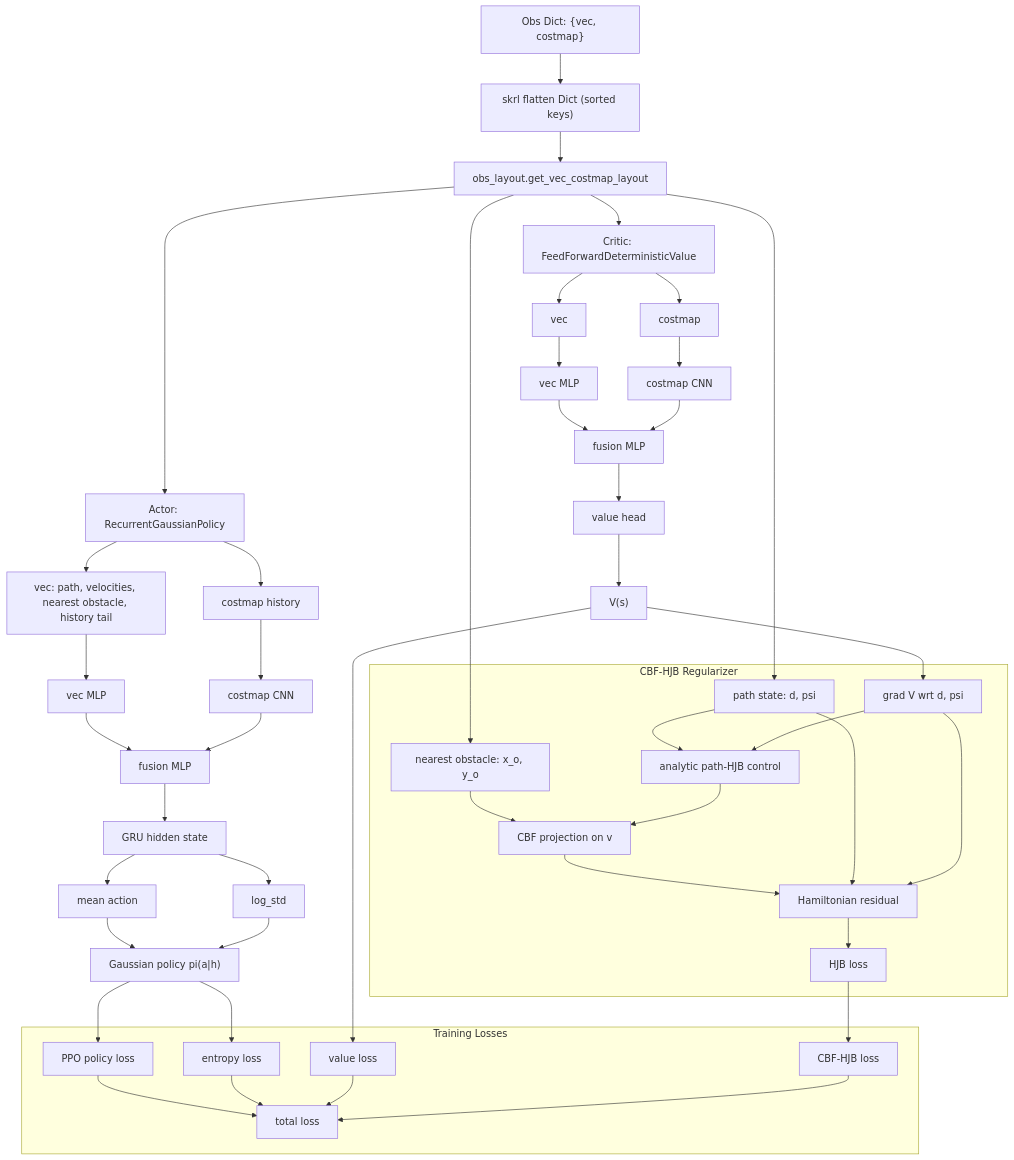
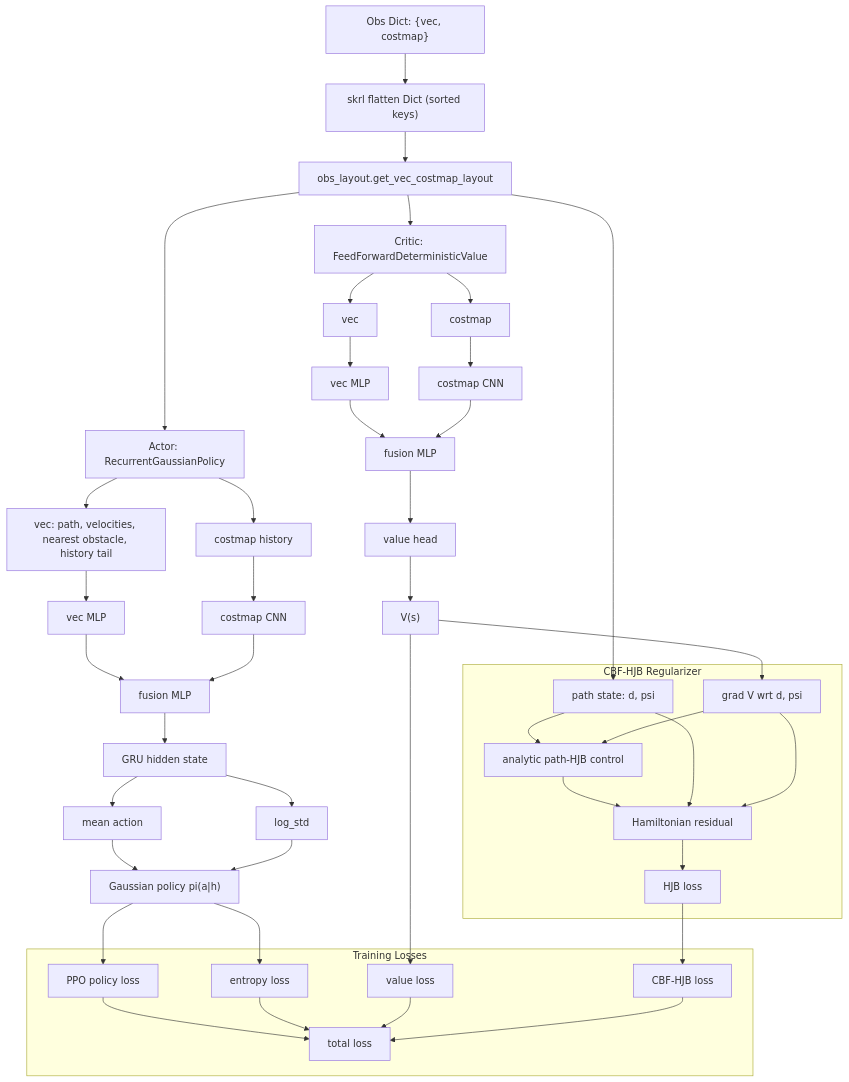
Before and after one commit to ulanpy/pirl: the diagram in docs/ppo_aux_architecture_graph.md, drawn with Mermaid. The commit also changed 9 other files, not shown here.

````diff
--- a/docs/ppo_aux_architecture_graph.md
+++ b/docs/ppo_aux_architecture_graph.md
@@ -3,67 +3,62 @@
 ```mermaid
 flowchart TD
     O["Obs Dict: {vec, costmap}"] --> F["skrl flatten Dict (sorted keys)"]
     F --> L["obs_layout.get_vec_costmap_layout"]
 
     L --> A0["Actor: RecurrentGaussianPolicy"]
     A0 --> AV["vec: path, velocities, nearest obstacle, history tail"]
     A0 --> AC["costmap history"]
     AV --> AV1["vec MLP"]
     AC --> ACNN["costmap CNN"]
     AV1 --> AF["fusion MLP"]
     ACNN --> AF
     AF --> AGRU["GRU hidden state"]
     AGRU --> AM["mean action"]
     AGRU --> ALS["log_std"]
     AM --> API["Gaussian policy pi(a|h)"]
     ALS --> API
 
     L --> C0["Critic: FeedForwardDeterministicValue"]
     C0 --> CV["vec"]
     C0 --> CC["costmap"]
     CV --> CV1["vec MLP"]
     CC --> CCNN["costmap CNN"]
     CV1 --> CF["fusion MLP"]
     CCNN --> CF
     CF --> VH["value head"]
     VH --> VOUT["V(s)"]
 
     subgraph hjbBranch [CBF-HJB Regularizer]
         H1["path state: d, psi"]
-        H2["nearest obstacle: x_o, y_o"]
         H3["grad V wrt d, psi"]
         H4["analytic path-HJB control"]
-        H5["CBF projection on v"]
         H6["Hamiltonian residual"]
         H7["HJB loss"]
     end
 
     L --> H1
-    L --> H2
     VOUT --> H3
     H1 --> H4
     H3 --> H4
-    H2 --> H5
-    H4 --> H5
-    H5 --> H6
+    H4 --> H6
     H1 --> H6
     H3 --> H6
     H6 --> H7
 
     subgraph losses [Training Losses]
         PL["PPO policy loss"]
         EL["entropy loss"]
         VL["value loss"]
         HL["CBF-HJB loss"]
         TL["total loss"]
     end
 
     API --> PL
     API --> EL
     VOUT --> VL
     H7 --> HL
     PL --> TL
     EL --> TL
     VL --> TL
     HL --> TL
 ```
````
